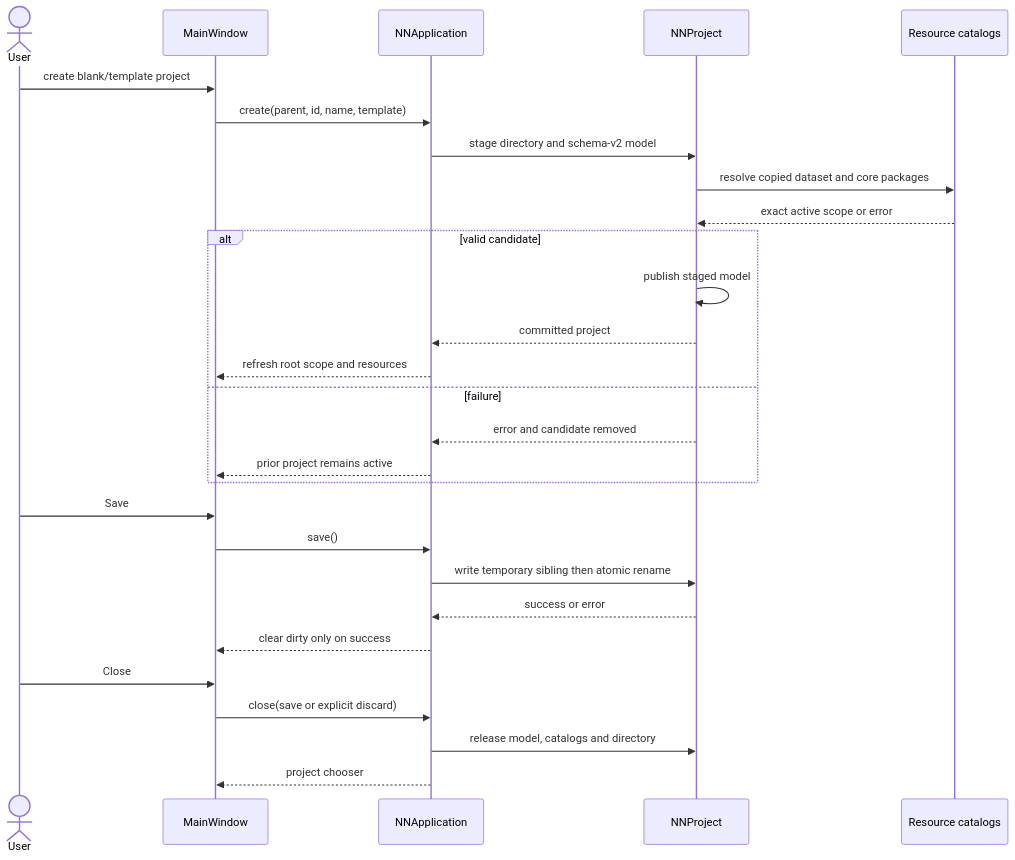
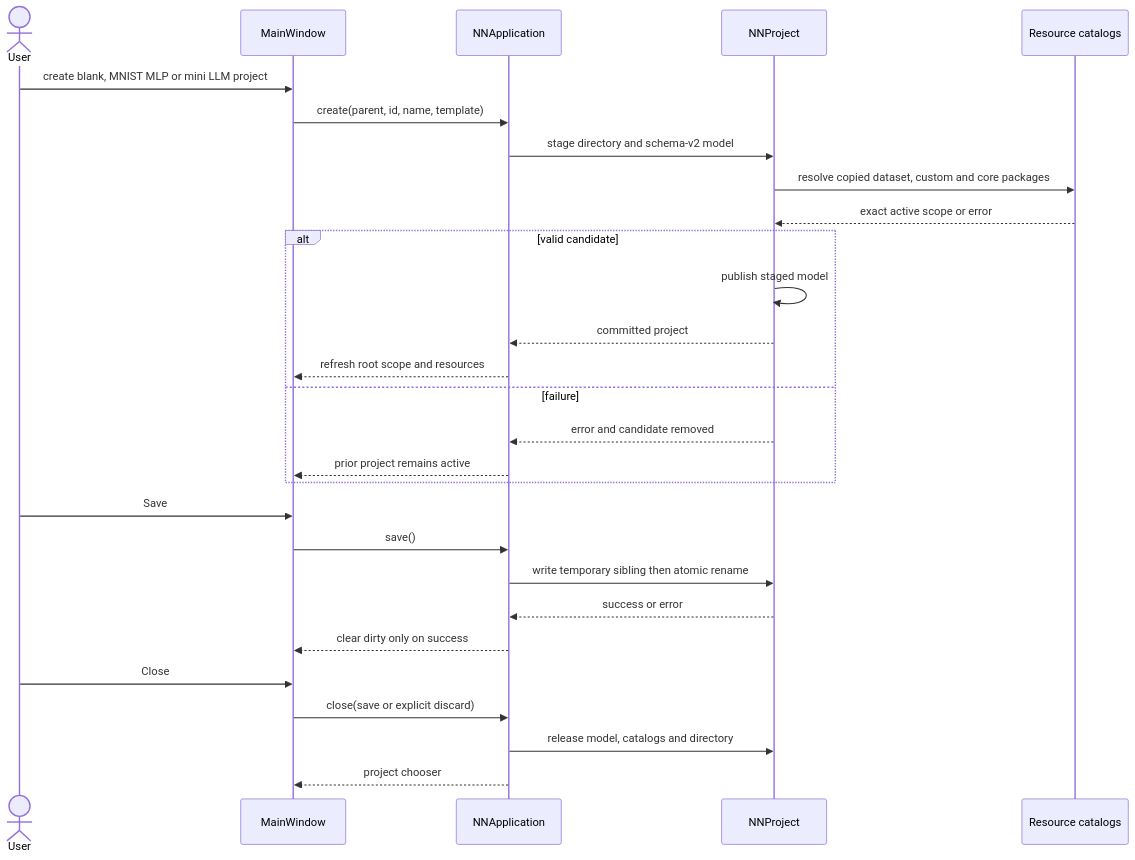
The second of 6 diagrams in docs/knowledge/uml/sequences/project-editor.md (LucaSforza/nnmodelling-ui), drawn with Mermaid before and after one commit. The commit also changed 21 other files, not shown here.

First line of the commit message:
feat: add dataset manager and mini LLM starter

````diff
--- a/docs/knowledge/uml/sequences/project-editor.md
+++ b/docs/knowledge/uml/sequences/project-editor.md
@@ -49,30 +49,30 @@
 ```mermaid
   sequenceDiagram
     actor User
     participant Qt as MainWindow
     participant App as NNApplication
     participant Project as NNProject
     participant Catalog as Resource catalogs
-    User->>Qt: create blank/template project
+    User->>Qt: create blank, MNIST MLP or mini LLM project
     Qt->>App: create(parent, id, name, template)
     App->>Project: stage directory and schema-v2 model
-    Project->>Catalog: resolve copied dataset and core packages
+    Project->>Catalog: resolve copied dataset, custom and core packages
     Catalog-->>Project: exact active scope or error
     alt valid candidate
       Project->>Project: publish staged model
       Project-->>App: committed project
       App-->>Qt: refresh root scope and resources
     else failure
       Project-->>App: error and candidate removed
       App-->>Qt: prior project remains active
     end
     User->>Qt: Save
     Qt->>App: save()
     App->>Project: write temporary sibling then atomic rename
     Project-->>App: success or error
     App-->>Qt: clear dirty only on success
     User->>Qt: Close
     Qt->>App: close(save or explicit discard)
     App->>Project: release model, catalogs and directory
     App-->>Qt: project chooser
 ```
````
